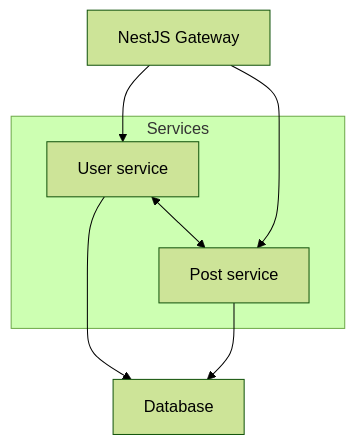
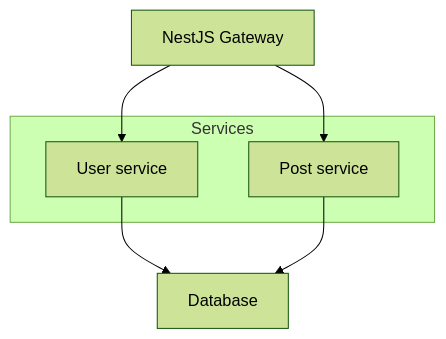
The diagram in README.md (georgiirocket/nestjs-monorepo), drawn with Mermaid (forest theme) before and after one commit. The commit also changed other lines of this file, not shown here.

````diff
--- a/README.md
+++ b/README.md
@@ -68,16 +70,15 @@
 ```mermaid
   flowchart TD
     G[NestJS Gateway]
     D[Database]
 
     subgraph Services
         s1[User service]
         s2[Post service]
     end
 
     G --> s1
     G --> s2
     s1 --> D
     s2 --> D
-    s1 <--> s2
 ```
````
